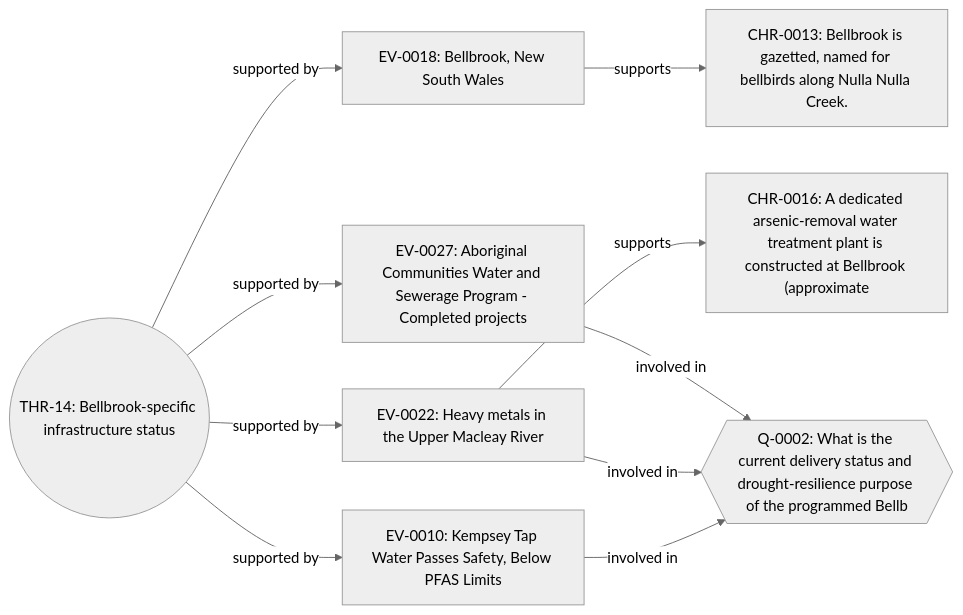
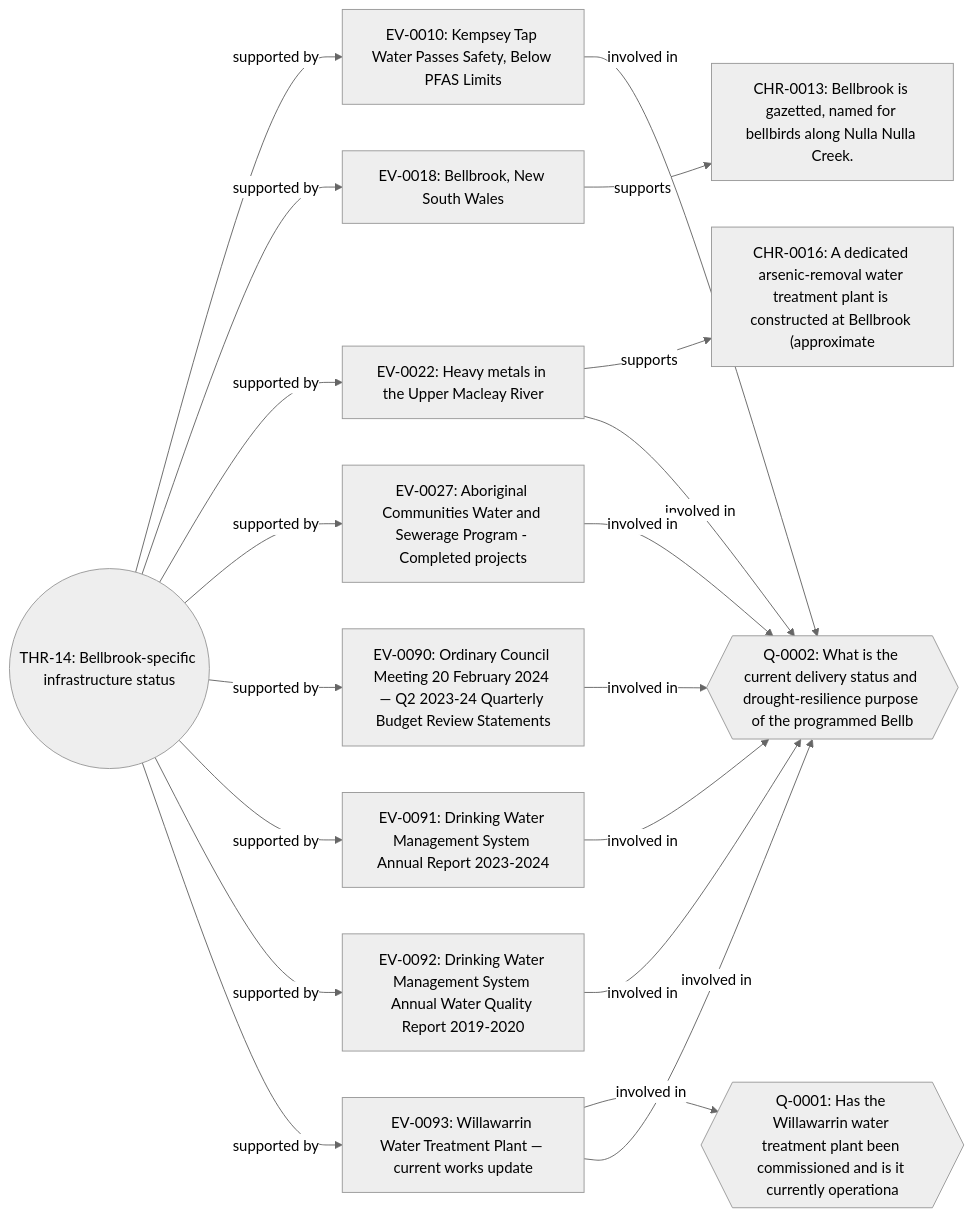
One commit to mayhem82/mayhem-investigations changed diagram 13 of 49 in docs/RELATIONSHIP_MAP.md. Above: the diagram before and after it, drawn with Mermaid (neutral theme). The commit also changed other lines of this file, not shown here.

Commit message:
Regenerate relationship map [skip ci]

````diff
--- a/docs/RELATIONSHIP_MAP.md
+++ b/docs/RELATIONSHIP_MAP.md
@@ -422,20 +422,34 @@
 ```mermaid
 flowchart LR
   DFAPTI_BB_2026_00001_THRD_THR_14(("THR-14: Bellbrook-specific infrastructure status"))
   DFAPTI_BB_2026_00001_EVID_EV_0010["EV-0010: Kempsey Tap Water Passes Safety, Below PFAS Limits"]
   DFAPTI_BB_2026_00001_EVID_EV_0018["EV-0018: Bellbrook, New South Wales"]
   DFAPTI_BB_2026_00001_EVID_EV_0022["EV-0022: Heavy metals in the Upper Macleay River"]
   DFAPTI_BB_2026_00001_EVID_EV_0027["EV-0027: Aboriginal Communities Water and Sewerage Program - Completed projects"]
+  DFAPTI_BB_2026_00001_EVID_EV_0090["EV-0090: Ordinary Council Meeting 20 February 2024 — Q2 2023-24 Quarterly Budget Review Statements"]
+  DFAPTI_BB_2026_00001_EVID_EV_0091["EV-0091: Drinking Water Management System Annual Report 2023-2024"]
+  DFAPTI_BB_2026_00001_EVID_EV_0092["EV-0092: Drinking Water Management System Annual Water Quality Report 2019-2020"]
+  DFAPTI_BB_2026_00001_EVID_EV_0093["EV-0093: Willawarrin Water Treatment Plant — current works update"]
   DFAPTI_BB_2026_00001_QUES_Q_0002{{"Q-0002: What is the current delivery status and drought-resilience purpose of the programmed Bellb"}}
   DFAPTI_BB_2026_00001_CHRO_CHR_0013["CHR-0013: Bellbrook is gazetted, named for bellbirds along Nulla Nulla Creek."]
   DFAPTI_BB_2026_00001_CHRO_CHR_0016["CHR-0016: A dedicated arsenic-removal water treatment plant is constructed at Bellbrook (approximate"]
+  DFAPTI_BB_2026_00001_QUES_Q_0001{{"Q-0001: Has the Willawarrin water treatment plant been commissioned and is it currently operationa"}}
   DFAPTI_BB_2026_00001_THRD_THR_14 -- "supported by" --> DFAPTI_BB_2026_00001_EVID_EV_0010
   DFAPTI_BB_2026_00001_THRD_THR_14 -- "supported by" --> DFAPTI_BB_2026_00001_EVID_EV_0018
   DFAPTI_BB_2026_00001_THRD_THR_14 -- "supported by" --> DFAPTI_BB_2026_00001_EVID_EV_0022
   DFAPTI_BB_2026_00001_THRD_THR_14 -- "supported by" --> DFAPTI_BB_2026_00001_EVID_EV_0027
+  DFAPTI_BB_2026_00001_THRD_THR_14 -- "supported by" --> DFAPTI_BB_2026_00001_EVID_EV_0090
+  DFAPTI_BB_2026_00001_THRD_THR_14 -- "supported by" --> DFAPTI_BB_2026_00001_EVID_EV_0091
+  DFAPTI_BB_2026_00001_THRD_THR_14 -- "supported by" --> DFAPTI_BB_2026_00001_EVID_EV_0092
+  DFAPTI_BB_2026_00001_THRD_THR_14 -- "supported by" --> DFAPTI_BB_2026_00001_EVID_EV_0093
   DFAPTI_BB_2026_00001_EVID_EV_0010 -- "involved in" --> DFAPTI_BB_2026_00001_QUES_Q_0002
   DFAPTI_BB_2026_00001_EVID_EV_0018 -- "supports" --> DFAPTI_BB_2026_00001_CHRO_CHR_0013
   DFAPTI_BB_2026_00001_EVID_EV_0022 -- "supports" --> DFAPTI_BB_2026_00001_CHRO_CHR_0016
   DFAPTI_BB_2026_00001_EVID_EV_0022 -- "involved in" --> DFAPTI_BB_2026_00001_QUES_Q_0002
   DFAPTI_BB_2026_00001_EVID_EV_0027 -- "involved in" --> DFAPTI_BB_2026_00001_QUES_Q_0002
+  DFAPTI_BB_2026_00001_EVID_EV_0090 -- "involved in" --> DFAPTI_BB_2026_00001_QUES_Q_0002
+  DFAPTI_BB_2026_00001_EVID_EV_0091 -- "involved in" --> DFAPTI_BB_2026_00001_QUES_Q_0002
+  DFAPTI_BB_2026_00001_EVID_EV_0092 -- "involved in" --> DFAPTI_BB_2026_00001_QUES_Q_0002
+  DFAPTI_BB_2026_00001_EVID_EV_0093 -- "involved in" --> DFAPTI_BB_2026_00001_QUES_Q_0001
+  DFAPTI_BB_2026_00001_EVID_EV_0093 -- "involved in" --> DFAPTI_BB_2026_00001_QUES_Q_0002
 ```
````
